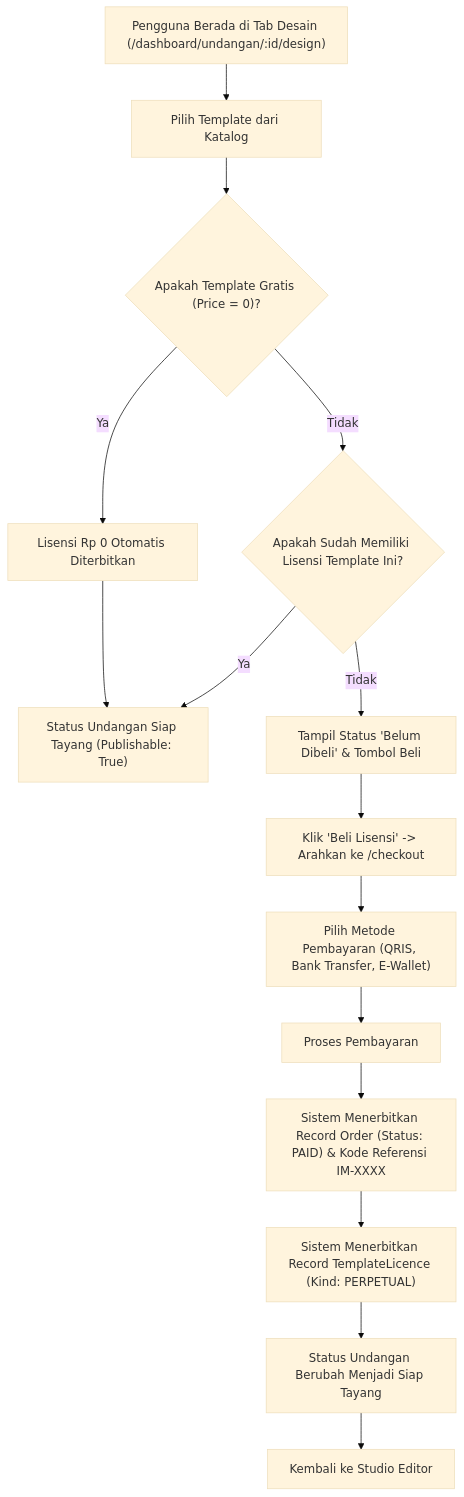
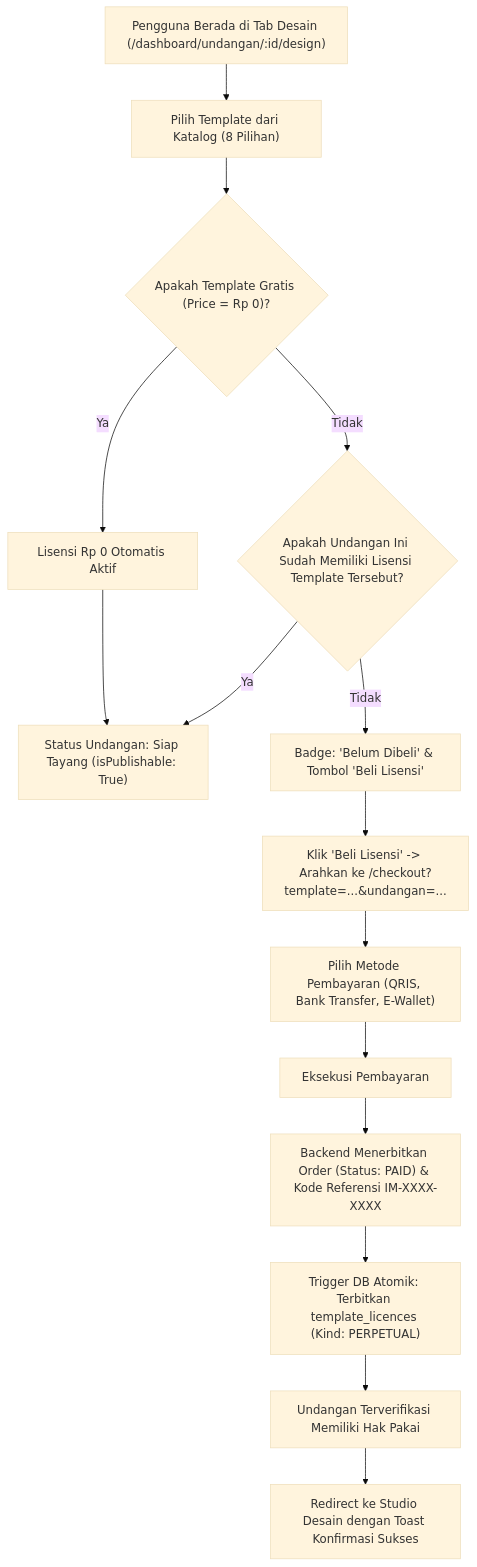
One commit to maszaen/infomase changed the third of 11 diagrams in docs/BUSINESS_FLOW.md. Above: the diagram before and after it, drawn with Mermaid (base theme). The commit also changed other lines of this file and 21 other files, not shown here.

````diff
--- a/docs/BUSINESS_FLOW.md
+++ b/docs/BUSINESS_FLOW.md
@@ -62,17 +74,17 @@
 ```mermaid
 flowchart TD
-    A["Pengguna Berada di Tab Desain (/dashboard/undangan/:id/design)"] --> B["Pilih Template dari Katalog"]
-    B --> C{"Apakah Template Gratis (Price = 0)?"}
-    C -- Ya --> D["Lisensi Rp 0 Otomatis Diterbitkan"]
-    D --> E["Status Undangan Siap Tayang (Publishable: True)"]
-    C -- Tidak --> F{"Apakah Sudah Memiliki Lisensi Template Ini?"}
+    A["Pengguna Berada di Tab Desain (/dashboard/undangan/:id/design)"] --> B["Pilih Template dari Katalog (8 Pilihan)"]
+    B --> C{"Apakah Template Gratis (Price = Rp 0)?"}
+    C -- Ya --> D["Lisensi Rp 0 Otomatis Aktif"]
+    D --> E["Status Undangan: Siap Tayang (isPublishable: True)"]
+    C -- Tidak --> F{"Apakah Undangan Ini Sudah Memiliki Lisensi Template Tersebut?"}
     F -- Ya --> E
-    F -- Tidak --> G["Tampil Status 'Belum Dibeli' & Tombol Beli"]
-    G --> H["Klik 'Beli Lisensi' -> Arahkan ke /checkout"]
+    F -- Tidak --> G["Badge: 'Belum Dibeli' & Tombol 'Beli Lisensi'"]
+    G --> H["Klik 'Beli Lisensi' -> Arahkan ke /checkout?template=...&undangan=..."]
     H --> I["Pilih Metode Pembayaran (QRIS, Bank Transfer, E-Wallet)"]
-    I --> J["Proses Pembayaran"]
-    J --> K["Sistem Menerbitkan Record Order (Status: PAID) & Kode Referensi IM-XXXX"]
-    K --> L["Sistem Menerbitkan Record TemplateLicence (Kind: PERPETUAL)"]
-    L --> M["Status Undangan Berubah Menjadi Siap Tayang"]
-    M --> N["Kembali ke Studio Editor"]
+    I --> J["Eksekusi Pembayaran"]
+    J --> K["Backend Menerbitkan Order (Status: PAID) & Kode Referensi IM-XXXX-XXXX"]
+    K --> L["Trigger DB Atomik: Terbitkan template_licences (Kind: PERPETUAL)"]
+    L --> M["Undangan Terverifikasi Memiliki Hak Pakai"]
+    M --> N["Redirect ke Studio Desain dengan Toast Konfirmasi Sukses"]
 ```
````
